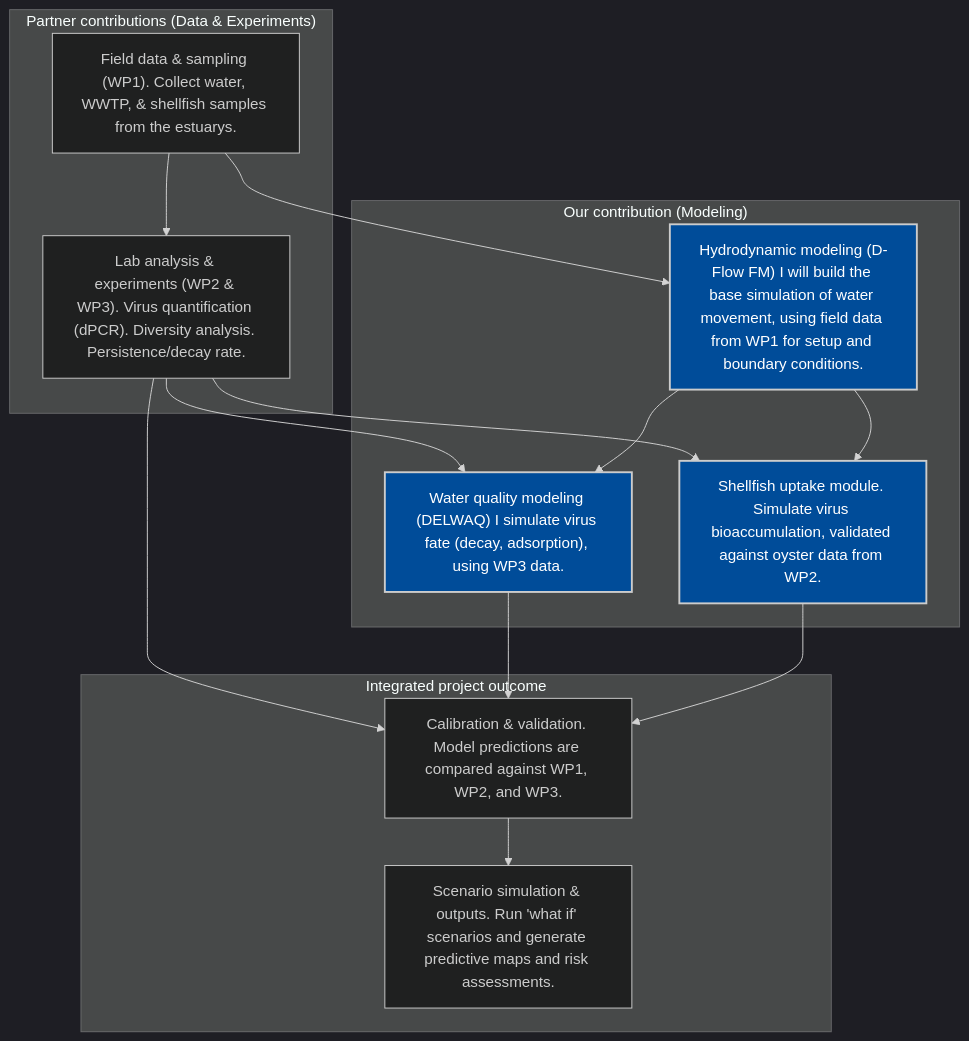
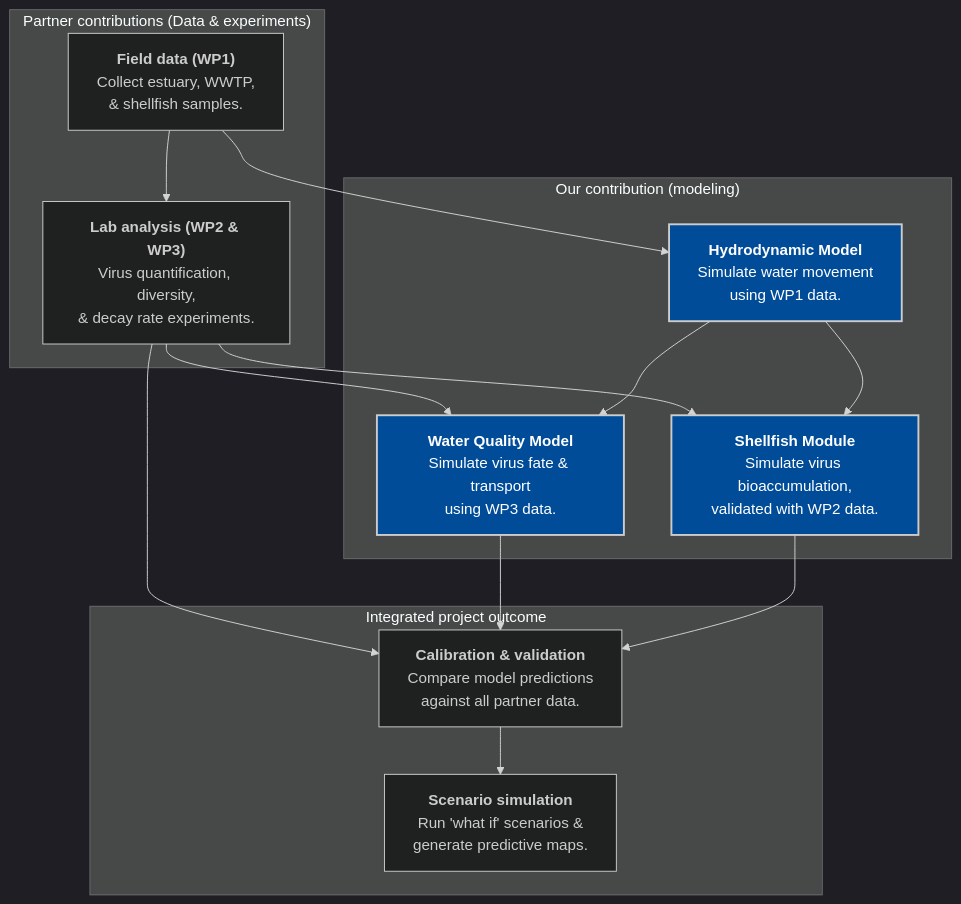
One commit to microstijn/PreVirS changed the diagram in README.md. Above: the diagram before and after it, drawn with Mermaid.

````diff
--- a/README.md
+++ b/README.md
@@ -1,38 +1,38 @@
 ```mermaid
 
 %%{init: {'theme': 'dark', 'themeVariables': {'background': '#002060'}}}%%
 graph TD
-    subgraph "Partner contributions (Data & Experiments)"
-        A[" Field data & sampling (WP1). Collect water, WWTP, & shellfish samples from the estuarys."]
-        B[" Lab analysis & experiments (WP2 & WP3). Virus quantification (dPCR). Diversity analysis. Persistence/decay rate."]
+    subgraph "Partner contributions (Data & experiments)"
+        A["<b>Field data (WP1)</b><br>Collect estuary, WWTP,<br>& shellfish samples."]
+        B["<b>Lab analysis (WP2 & WP3)</b><br>Virus quantification, diversity,<br>& decay rate experiments."]
     end
 
-    subgraph "Our contribution (Modeling)"
-        C[" Hydrodynamic modeling (D-Flow FM) I will build the base simulation of water movement, using field data from WP1 for setup and boundary conditions."]
-        D[" Water quality modeling (DELWAQ) I simulate virus fate (decay, adsorption), using WP3 data."]
-        E[" Shellfish uptake module. Simulate virus bioaccumulation, validated against oyster data from WP2."]
+    subgraph "Our contribution (modeling)"
+        C["<b>Hydrodynamic Model</b><br>Simulate water movement<br>using WP1 data."]
+        D["<b>Water Quality Model</b><br>Simulate virus fate & transport<br>using WP3 data."]
+        E["<b>Shellfish Module</b><br>Simulate virus bioaccumulation,<br>validated with WP2 data."]
     end
 
     subgraph "Integrated project outcome"
-        F[" Calibration & validation. Model predictions are compared against WP1, WP2, and WP3."]
-        G[" Scenario simulation & outputs. Run 'what if' scenarios and generate predictive maps and risk assessments."]
+        F["<b>Calibration & validation</b><br>Compare model predictions<br>against all partner data."]
+        G["<b>Scenario simulation</b><br>Run 'what if' scenarios &<br>generate predictive maps."]
     end
 
     A --> C
     A --> B
     B --> D
     B --> E
     B --> F
     C --> D
     C --> E
     D --> F
     E --> F
     F --> G
 
     style C fill:#004c99,stroke:#ccc,stroke-width:2px,color:#fff
     style D fill:#004c99,stroke:#ccc,stroke-width:2px,color:#fff
     style E fill:#004c99,stroke:#ccc,stroke-width:2px,color:#fff
 
 
 
 ```
````
